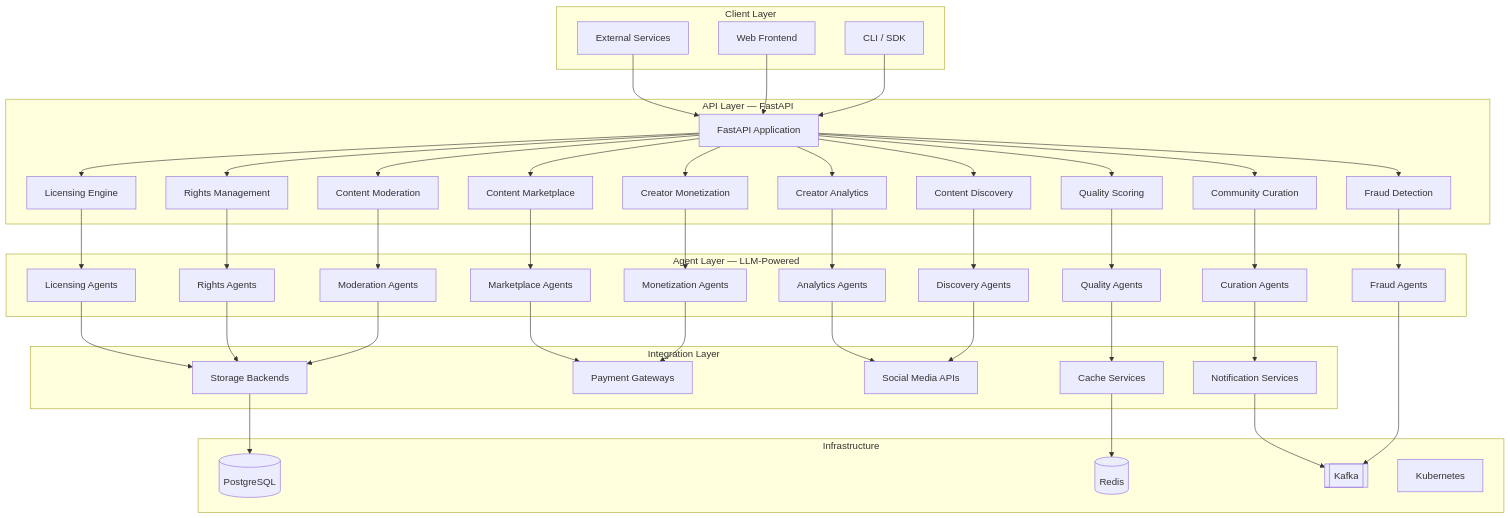
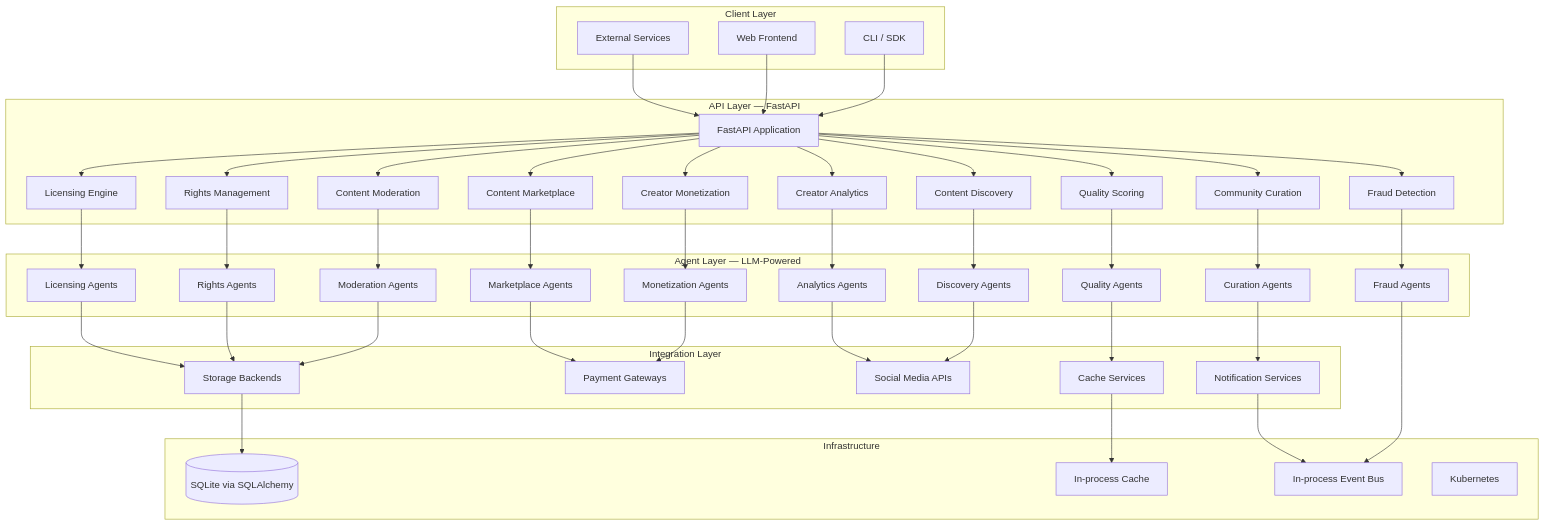
The first of 3 diagrams in README.md (AAH20/ugc-marketplace), drawn with Mermaid before and after one commit. The commit also changed other lines of this file, not shown here.

````diff
--- a/README.md
+++ b/README.md
@@ -72,80 +72,80 @@
 ```mermaid
 graph TB
     subgraph "Client Layer"
         CLI[CLI / SDK]
         WEB[Web Frontend]
         EXT[External Services]
     end
 
     subgraph "API Layer — FastAPI"
         A[FastAPI Application]
         A --> A1[Content Moderation]
         A --> A2[Creator Monetization]
         A --> A3[Content Discovery]
         A --> A4[Rights Management]
         A --> A5[Quality Scoring]
         A --> A6[Fraud Detection]
         A --> A7[Creator Analytics]
         A --> A8[Licensing Engine]
         A --> A9[Community Curation]
         A --> A10[Content Marketplace]
     end
 
     subgraph "Agent Layer — LLM-Powered"
         B1[Moderation Agents]
         B2[Monetization Agents]
         B3[Discovery Agents]
         B4[Rights Agents]
         B5[Quality Agents]
         B6[Fraud Agents]
         B7[Analytics Agents]
         B8[Licensing Agents]
         B9[Curation Agents]
         B10[Marketplace Agents]
     end
 
     subgraph "Integration Layer"
         C1[Storage Backends]
         C2[Payment Gateways]
         C3[Social Media APIs]
         C4[Notification Services]
         C5[Cache Services]
     end
 
     subgraph "Infrastructure"
-        D1[(PostgreSQL)]
-        D2[(Redis)]
-        D3[[Kafka]]
+        D1[(SQLite via SQLAlchemy)]
+        D2[In-process Cache]
+        D3[In-process Event Bus]
         D4[Kubernetes]
     end
 
     CLI --> A
     WEB --> A
     EXT --> A
 
     A1 --> B1
     A2 --> B2
     A3 --> B3
     A4 --> B4
     A5 --> B5
     A6 --> B6
     A7 --> B7
     A8 --> B8
     A9 --> B9
     A10 --> B10
 
     B1 --> C1
     B2 --> C2
     B3 --> C3
     B4 --> C1
     B5 --> C5
     B6 --> D3
     B7 --> C3
     B8 --> C1
     B9 --> C4
     B10 --> C2
 
     C1 --> D1
     C5 --> D2
     C4 --> D3
 ```
````
